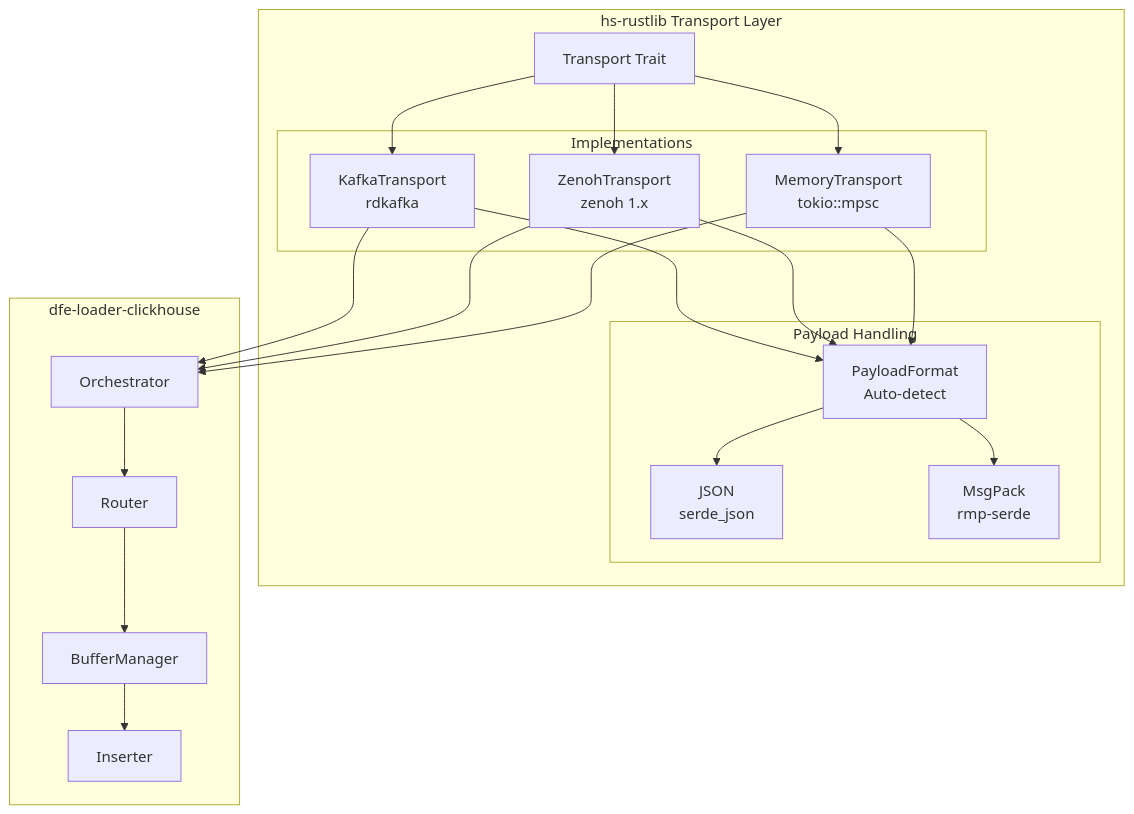
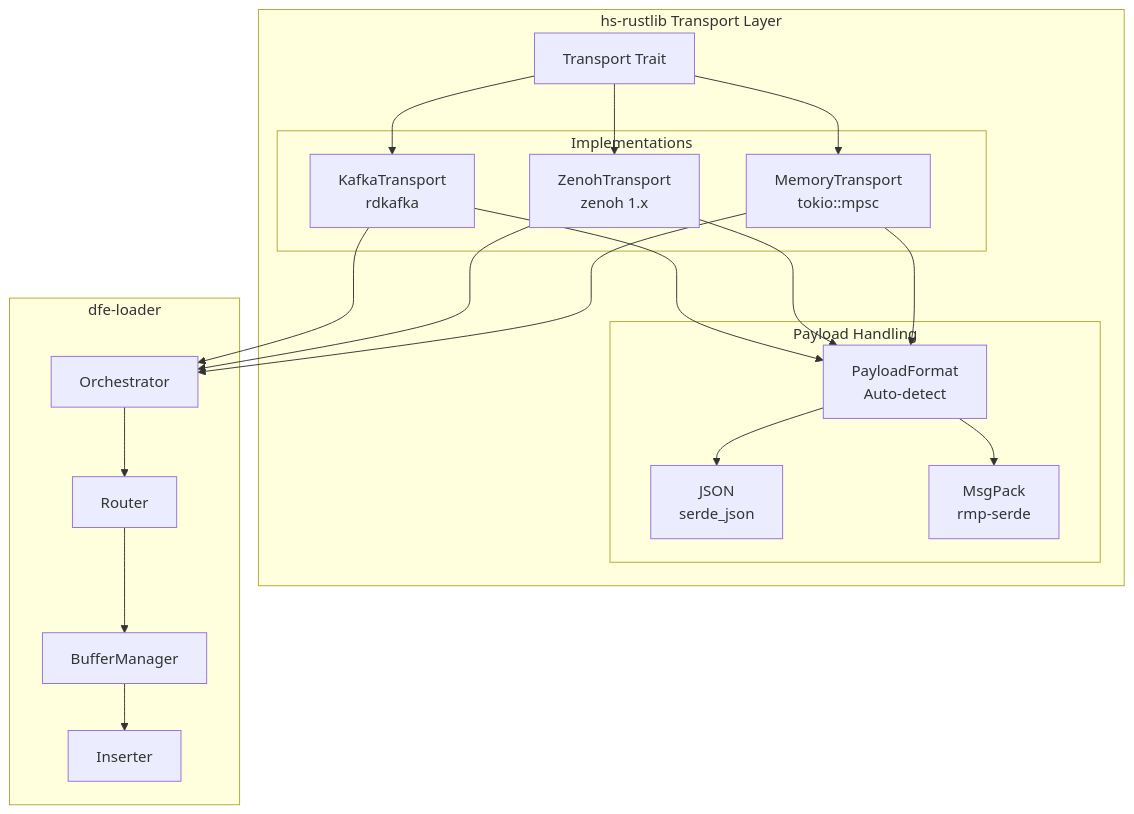
Before and after one commit to hyperi-io/dfe-loader: the diagram in DESIGN.md, drawn with Mermaid. The commit also changed other lines of this file and 42 other files, not shown here.

First line of the commit message:
refactor: rename project dfe-loader-clickhouse → dfe-loader

````diff
--- a/DESIGN.md
+++ b/DESIGN.md
@@ -597,43 +597,43 @@
 ```mermaid
 graph TB
     subgraph "hs-rustlib Transport Layer"
         T[Transport Trait]
 
         subgraph "Implementations"
             K[KafkaTransport<br/>rdkafka]
             Z[ZenohTransport<br/>zenoh 1.x]
             M[MemoryTransport<br/>tokio::mpsc]
         end
 
         subgraph "Payload Handling"
             P[PayloadFormat<br/>Auto-detect]
             J[JSON<br/>serde_json]
             MP[MsgPack<br/>rmp-serde]
         end
 
         T --> K
         T --> Z
         T --> M
 
         K --> P
         Z --> P
         M --> P
 
         P --> J
         P --> MP
     end
 
-    subgraph "dfe-loader-clickhouse"
+    subgraph "dfe-loader"
         O[Orchestrator]
         R[Router]
         B[BufferManager]
         I[Inserter]
     end
 
     K --> O
     Z --> O
     M --> O
     O --> R
     R --> B
     B --> I
 ```
````
